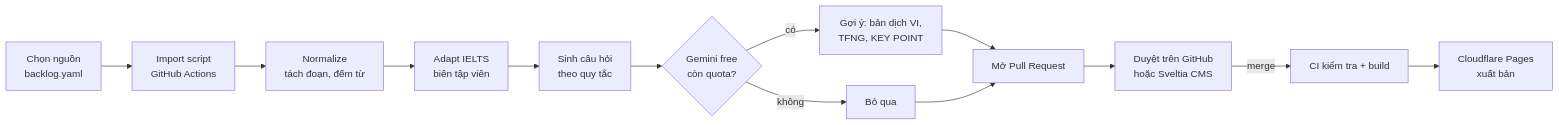
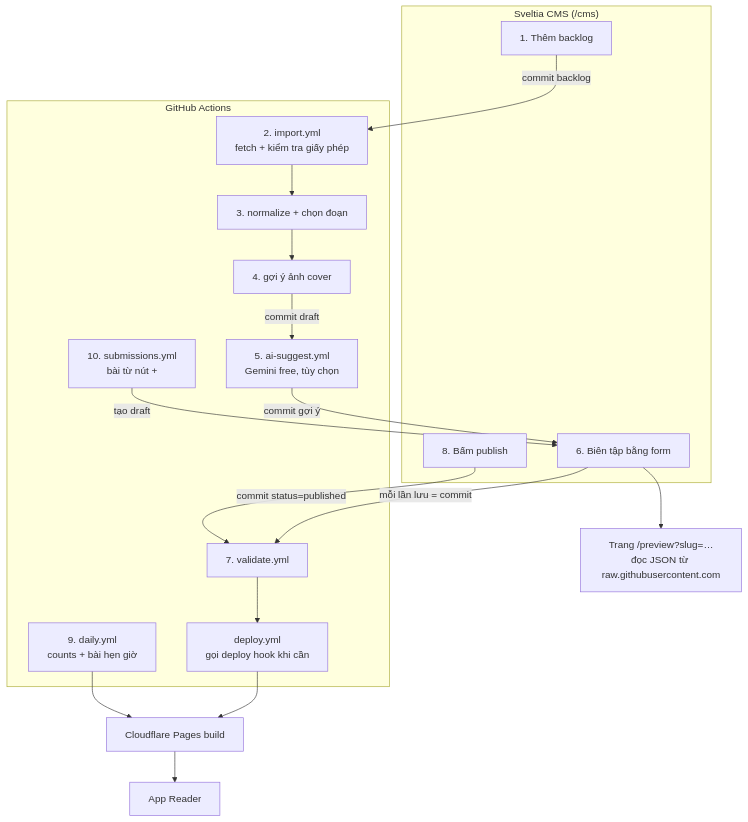
Before and after one commit to ahihiyou20/Reader: the second of 2 diagrams in docs/05-content-pipeline.md, drawn with Mermaid. The commit also changed other lines of this file and 5 other files, not shown here.

````diff
--- a/docs/05-content-pipeline.md
+++ b/docs/05-content-pipeline.md
@@ -98,15 +94,27 @@
 ```mermaid
-flowchart LR
-  A[Chọn nguồn<br/>backlog.yaml] --> B[Import script<br/>GitHub Actions]
-  B --> C[Normalize<br/>tách đoạn, đếm từ]
-  C --> D[Adapt IELTS<br/>biên tập viên]
-  D --> E[Sinh câu hỏi<br/>theo quy tắc]
-  E --> G{Gemini free<br/>còn quota?}
-  G -->|có| H[Gợi ý: bản dịch VI,<br/>TFNG, KEY POINT]
-  G -->|không| I[Bỏ qua]
-  H --> PR[Mở Pull Request]
-  I --> PR
-  PR --> R[Duyệt trên GitHub<br/>hoặc Sveltia CMS]
-  R -->|merge| CI[CI kiểm tra + build]
-  CI --> CF[Cloudflare Pages<br/>xuất bản]
+flowchart TB
+  subgraph CMS["Sveltia CMS (/cms)"]
+    B1[1. Thêm backlog]
+    E1[6. Biên tập bằng form]
+    P1[8. Bấm publish]
+  end
+  subgraph ACT["GitHub Actions"]
+    I[2. import.yml<br/>fetch + kiểm tra giấy phép]
+    N[3. normalize + chọn đoạn]
+    C[4. gợi ý ảnh cover]
+    G[5. ai-suggest.yml<br/>Gemini free, tùy chọn]
+    V[7. validate.yml]
+    D[deploy.yml<br/>gọi deploy hook khi cần]
+    DY[9. daily.yml<br/>counts + bài hẹn giờ]
+    S[10. submissions.yml<br/>bài từ nút +]
+  end
+  PR[Trang /preview?slug=…<br/>đọc JSON từ raw.githubusercontent.com]
+  CF[Cloudflare Pages build]
+  APP[App Reader]
+  B1 -->|commit backlog| I --> N --> C -->|commit draft| G -->|commit gợi ý| E1
+  E1 -->|mỗi lần lưu = commit| V
+  E1 --> PR
+  P1 -->|commit status=published| V --> D --> CF --> APP
+  DY --> CF
+  S -->|tạo draft| E1
 ```
````
